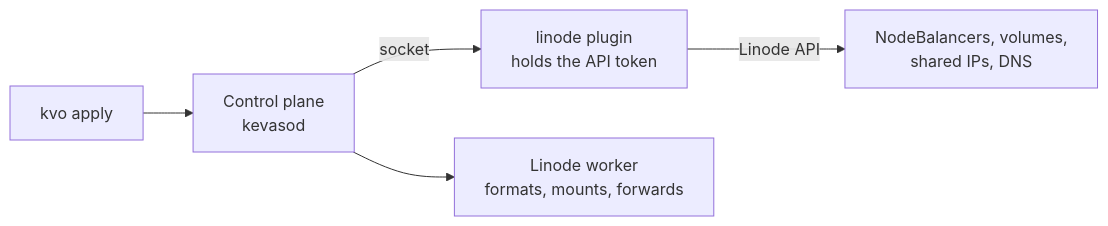
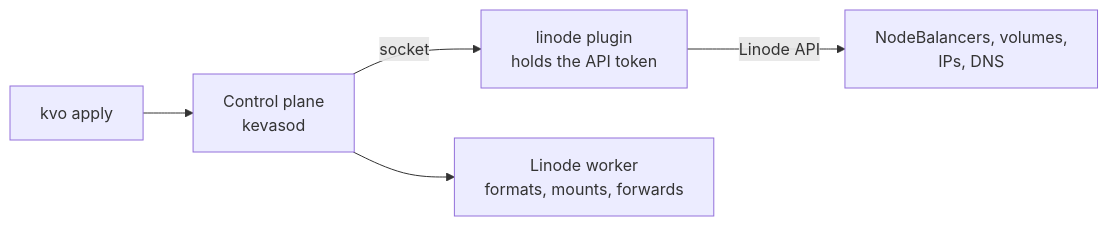
Before and after one commit to dlebee/kevaso-docs: the diagram in admin/providers/linode.md, drawn with Mermaid. The commit also changed other lines of this file and 27 other files, not shown here.

````diff
--- a/admin/providers/linode.md
+++ b/admin/providers/linode.md
@@ -21,7 +21,7 @@
 ```mermaid
 flowchart LR
   you["kvo apply"] --> cp["Control plane<br/>kevasod"]
   cp -->|"socket"| plugin["linode plugin<br/>holds the API token"]
-  plugin -->|"Linode API"| linode["NodeBalancers, volumes,<br/>shared IPs, DNS"]
+  plugin -->|"Linode API"| linode["NodeBalancers, volumes,<br/>IPs, DNS"]
   cp --> w1["Linode worker<br/>formats, mounts, forwards"]
 ```
````
